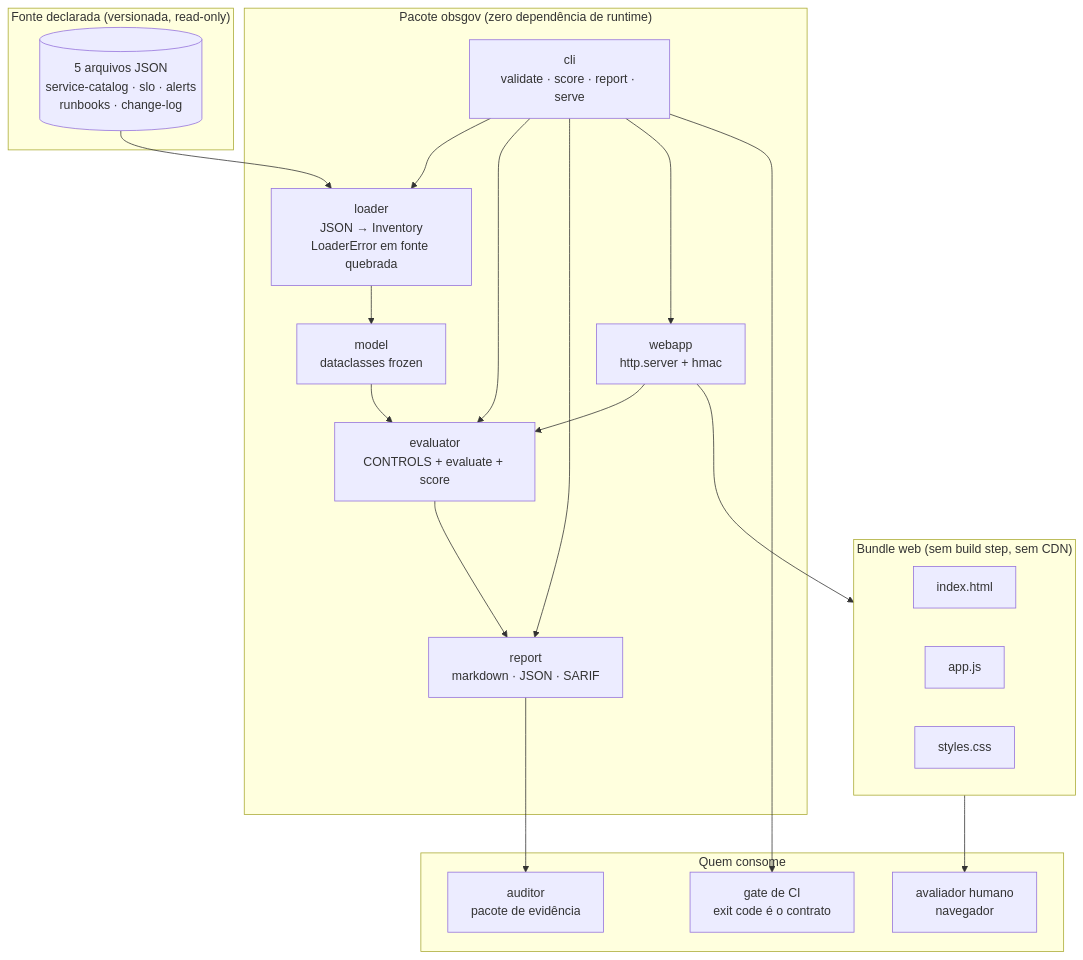
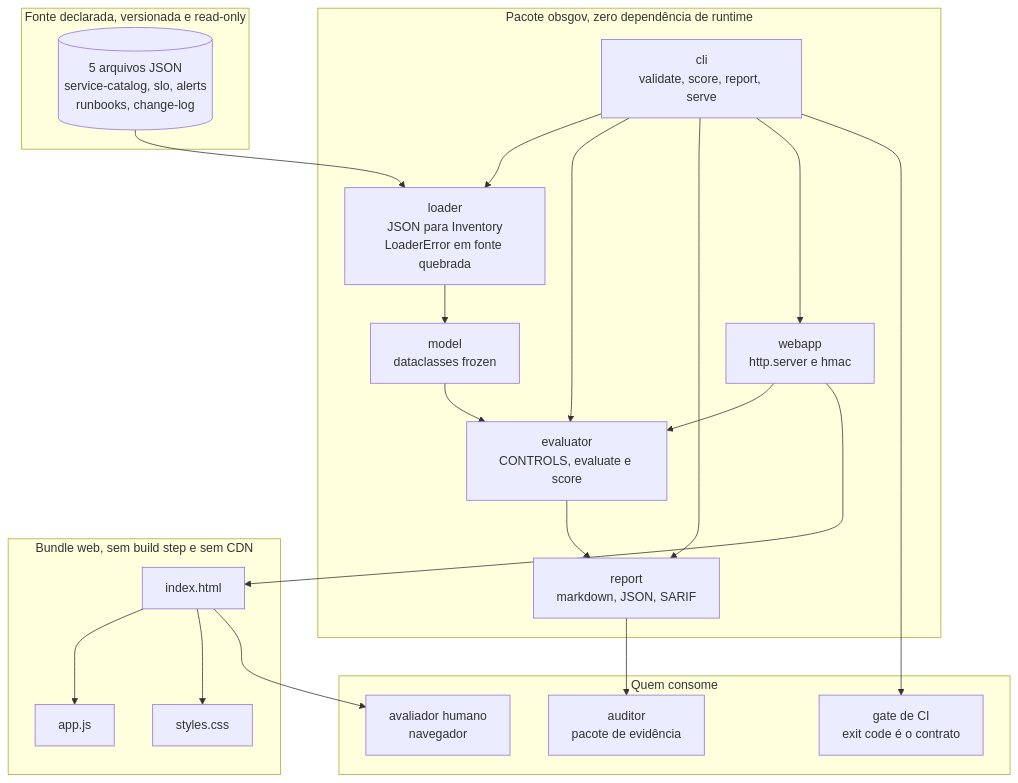
The first of 2 diagrams in docs/componentes.md (JulianoVinceCampos/observability-governance-lab), drawn with Mermaid before and after one commit. The commit also changed other lines of this file and 1 other file, not shown here.

````diff
--- a/docs/componentes.md
+++ b/docs/componentes.md
@@ -7,39 +7,43 @@
 ```mermaid
 flowchart TB
-    subgraph decl["Fonte declarada (versionada, read-only)"]
-        JSON[("5 arquivos JSON<br/>service-catalog · slo · alerts<br/>runbooks · change-log")]
+    subgraph decl["Fonte declarada, versionada e read-only"]
+        JSON[("5 arquivos JSON<br/>service-catalog, slo, alerts<br/>runbooks, change-log")]
     end
 
-    subgraph pkg["Pacote obsgov (zero dependência de runtime)"]
-        LOADER["loader<br/>JSON → Inventory<br/>LoaderError em fonte quebrada"]
+    subgraph pkg["Pacote obsgov, zero dependência de runtime"]
+        LOADER["loader<br/>JSON para Inventory<br/>LoaderError em fonte quebrada"]
         MODEL["model<br/>dataclasses frozen"]
-        EVAL["evaluator<br/>CONTROLS + evaluate + score"]
-        REPORT["report<br/>markdown · JSON · SARIF"]
-        CLI["cli<br/>validate · score · report · serve"]
-        WEBAPP["webapp<br/>http.server + hmac"]
+        EVAL["evaluator<br/>CONTROLS, evaluate e score"]
+        REPORT["report<br/>markdown, JSON, SARIF"]
+        CLI["cli<br/>validate, score, report, serve"]
+        WEBAPP["webapp<br/>http.server e hmac"]
     end
 
-    subgraph web["Bundle web (sem build step, sem CDN)"]
+    subgraph web["Bundle web, sem build step e sem CDN"]
         HTML["index.html"]
         JS["app.js"]
         CSS["styles.css"]
     end
 
     subgraph consumidores["Quem consome"]
         CI["gate de CI<br/>exit code é o contrato"]
         HUMANO["avaliador humano<br/>navegador"]
         AUDITOR["auditor<br/>pacote de evidência"]
     end
 
-    JSON --> LOADER --> MODEL --> EVAL
+    JSON --> LOADER
+    LOADER --> MODEL
+    MODEL --> EVAL
     EVAL --> REPORT
     CLI --> LOADER
     CLI --> EVAL
     CLI --> REPORT
     CLI --> WEBAPP
     WEBAPP --> EVAL
-    WEBAPP --> web
+    WEBAPP --> HTML
+    HTML --> JS
+    HTML --> CSS
     CLI --> CI
-    web --> HUMANO
+    HTML --> HUMANO
     REPORT --> AUDITOR
 ```
````
